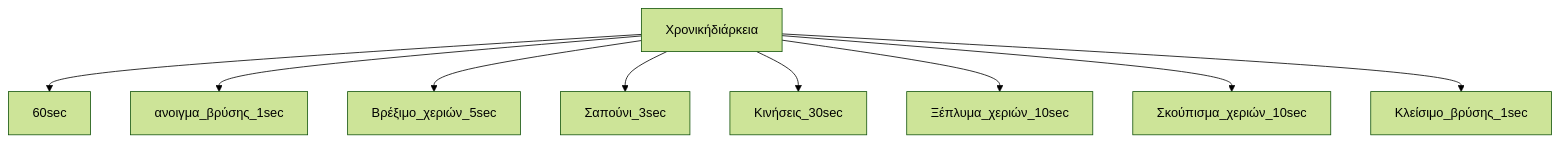
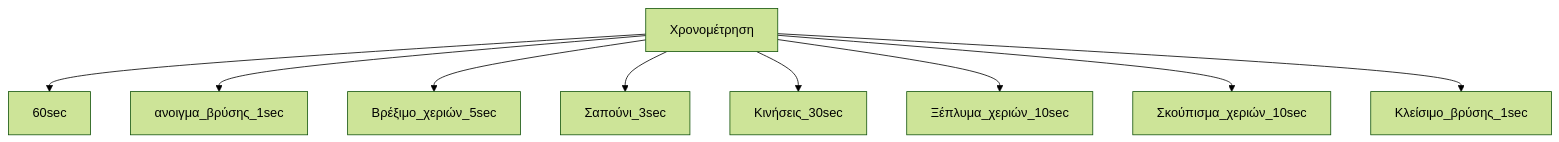
Before and after one commit to Ebabouraki/Interaction-Design-Project-Assignment: the third of 3 diagrams in our_report/README.md, drawn with Mermaid (forest theme). The commit also changed other lines of this file, not shown here.

````diff
--- a/our_report/README.md
+++ b/our_report/README.md
@@ -226,11 +229,11 @@
 ```mermaid
   graph TD;
-      Χρονικήδιάρκεια --> 60sec;
-       Χρονικήδιάρκεια --> ανοιγμα_βρύσης_1sec;
-       Χρονικήδιάρκεια --> Βρέξιμο_χεριών_5sec;
-       Χρονικήδιάρκεια --> Σαπούνι_3sec;
-       Χρονικήδιάρκεια --> Κινήσεις_30sec;
-       Χρονικήδιάρκεια --> Ξέπλυμα_χεριών_10sec;
-       Χρονικήδιάρκεια --> Σκούπισμα_χεριών_10sec
-     Χρονικήδιάρκεια --> Κλείσιμο_βρύσης_1sec;
+      Χρονομέτρηση --> 60sec;
+        Χρονομέτρηση --> ανοιγμα_βρύσης_1sec;
+        Χρονομέτρηση --> Βρέξιμο_χεριών_5sec;
+       Χρονομέτρηση --> Σαπούνι_3sec;
+        Χρονομέτρηση--> Κινήσεις_30sec;
+        Χρονομέτρηση --> Ξέπλυμα_χεριών_10sec;
+        Χρονομέτρηση --> Σκούπισμα_χεριών_10sec
+      Χρονομέτρηση --> Κλείσιμο_βρύσης_1sec;
 ```
````
